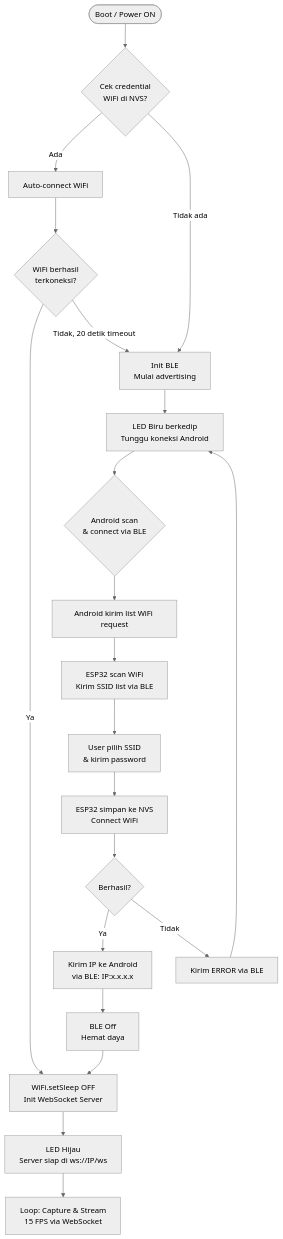
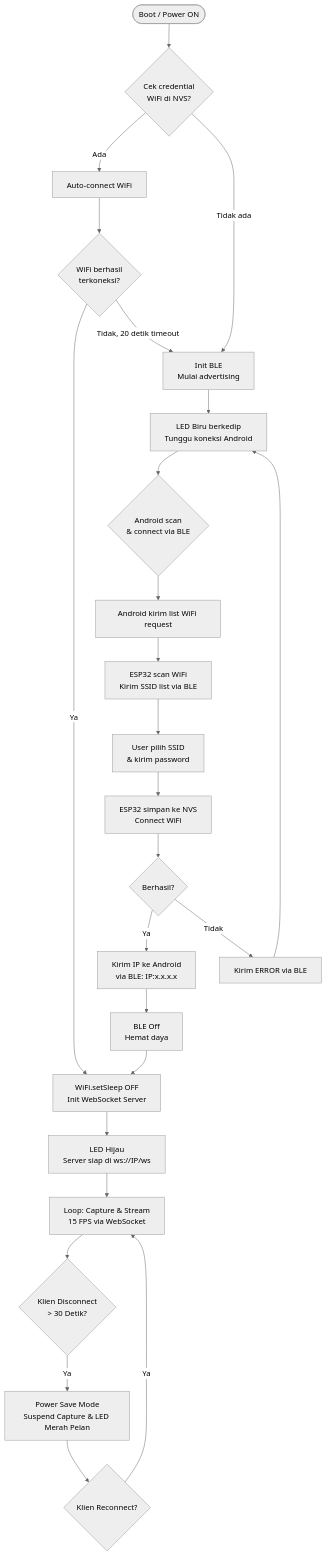
Before and after one commit to aan-andiyanaS/Mobile-EPS32-CAM: the first of 3 diagrams in eps32s3_camera_with_mobile/README.md, drawn with Mermaid (neutral theme). The commit also changed other lines of this file and 2 other files, not shown here.

Commit message:
docs: sync README with new auto-connect and power save logic

````diff
--- a/eps32s3_camera_with_mobile/README.md
+++ b/eps32s3_camera_with_mobile/README.md
@@ -71,27 +71,32 @@
 ```mermaid
 flowchart TD
     A([Boot / Power ON]) --> B{Cek credential\nWiFi di NVS?}
 
     B -- Ada --> C[Auto-connect WiFi]
     B -- Tidak ada --> D[Init BLE\nMulai advertising]
 
     C --> E{WiFi berhasil\nterkoneksi?}
     E -- Ya --> F[WiFi.setSleep OFF\nInit WebSocket Server]
     E -- Tidak, 20 detik timeout --> D
 
     D --> G[LED Biru berkedip\nTunggu koneksi Android]
     G --> H{Android scan\n& connect via BLE}
     H --> I[Android kirim list WiFi request]
     I --> J[ESP32 scan WiFi\nKirim SSID list via BLE]
     J --> K[User pilih SSID\n& kirim password]
     K --> L[ESP32 simpan ke NVS\nConnect WiFi]
     L --> M{Berhasil?}
     M -- Ya --> N[Kirim IP ke Android\nvia BLE: IP:x.x.x.x]
     M -- Tidak --> O[Kirim ERROR via BLE]
     N --> P[BLE Off\nHemat daya]
     P --> F
     O --> G
 
     F --> Q[LED Hijau\nServer siap di ws://IP/ws]
     Q --> R[Loop: Capture & Stream\n15 FPS via WebSocket]
+    
+    R --> S{Klien Disconnect\n> 30 Detik?}
+    S -- Ya --> T[Power Save Mode\nSuspend Capture & LED Merah Pelan]
+    T --> U{Klien Reconnect?}
+    U -- Ya --> R
 ```
````
